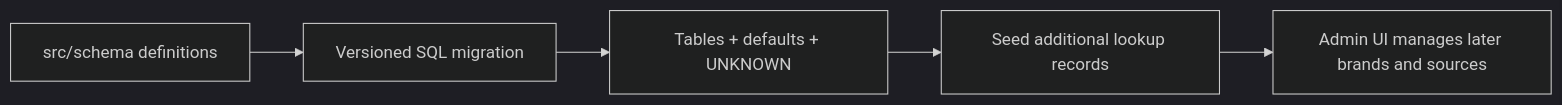
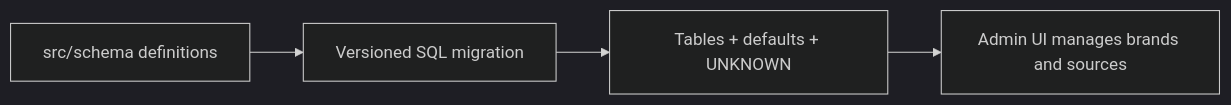
Before and after one commit to fneidel/cupboard: the second of 2 diagrams in docs/DOCUMENTATION.md, drawn with Mermaid (dark theme). The commit also changed other lines of this file and 7 other files, not shown here.

````diff
--- a/docs/DOCUMENTATION.md
+++ b/docs/DOCUMENTATION.md
@@ -75,7 +67,6 @@
 ```mermaid
 flowchart LR
     Schema[src/schema definitions] --> Migration[Versioned SQL migration]
     Migration --> Database[Tables + defaults + UNKNOWN]
-    Database --> Seed[Seed additional lookup records]
-    Seed --> Admin[Admin UI manages later brands and sources]
+    Database --> Admin[Admin UI manages brands and sources]
 ```
````
